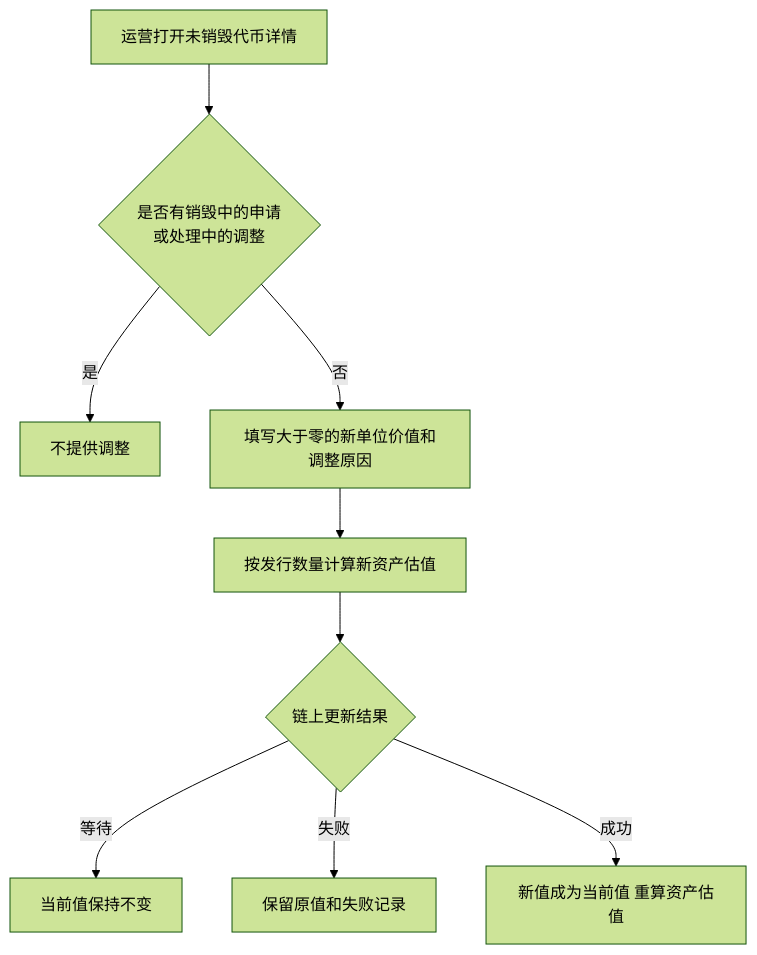
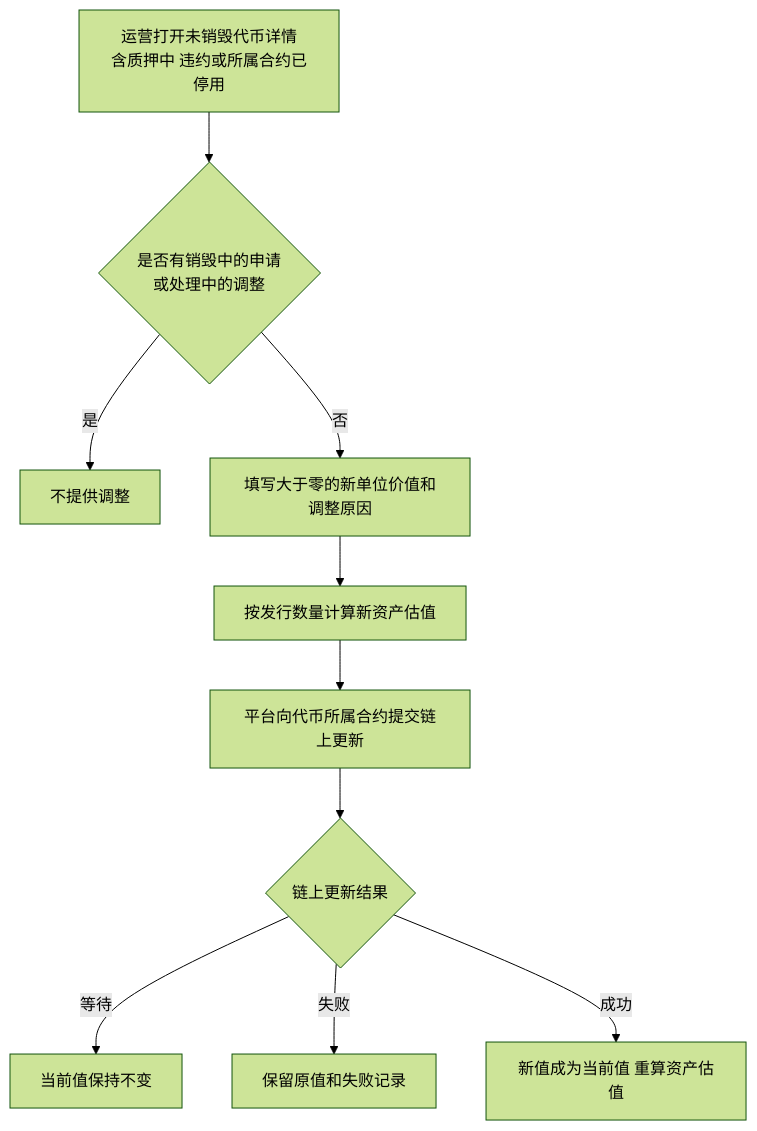
Before and after one commit to wxblockchain/Chain-Financing: the fifth of 5 diagrams in token-issuance-platform/PRD/管理端/M4b-销毁审核与解除质押/02-销毁审核与解除质押-流程图与状态机.md, drawn with Mermaid (forest theme). The commit also changed other lines of this file and 35 other files, not shown here.

````diff
--- a/token-issuance-platform/PRD/管理端/M4b-销毁审核与解除质押/02-销毁审核与解除质押-流程图与状态机.md
+++ b/token-issuance-platform/PRD/管理端/M4b-销毁审核与解除质押/02-销毁审核与解除质押-流程图与状态机.md
@@ -96,11 +104,12 @@
 ```mermaid
 flowchart TD
-    A[运营打开未销毁代币详情] --> A1{是否有销毁中的申请<br/>或处理中的调整}
+    A[运营打开未销毁代币详情<br/>含质押中 违约或所属合约已停用] --> A1{是否有销毁中的申请<br/>或处理中的调整}
     A1 -->|是| A2[不提供调整]
     A1 -->|否| B[填写大于零的新单位价值和调整原因]
     B --> C[按发行数量计算新资产估值]
-    C --> D{链上更新结果}
+    C --> C1[平台向代币所属合约提交链上更新]
+    C1 --> D{链上更新结果}
     D -->|等待| E[当前值保持不变]
     D -->|失败| F[保留原值和失败记录]
     D -->|成功| G[新值成为当前值 重算资产估值]
 ```
````
